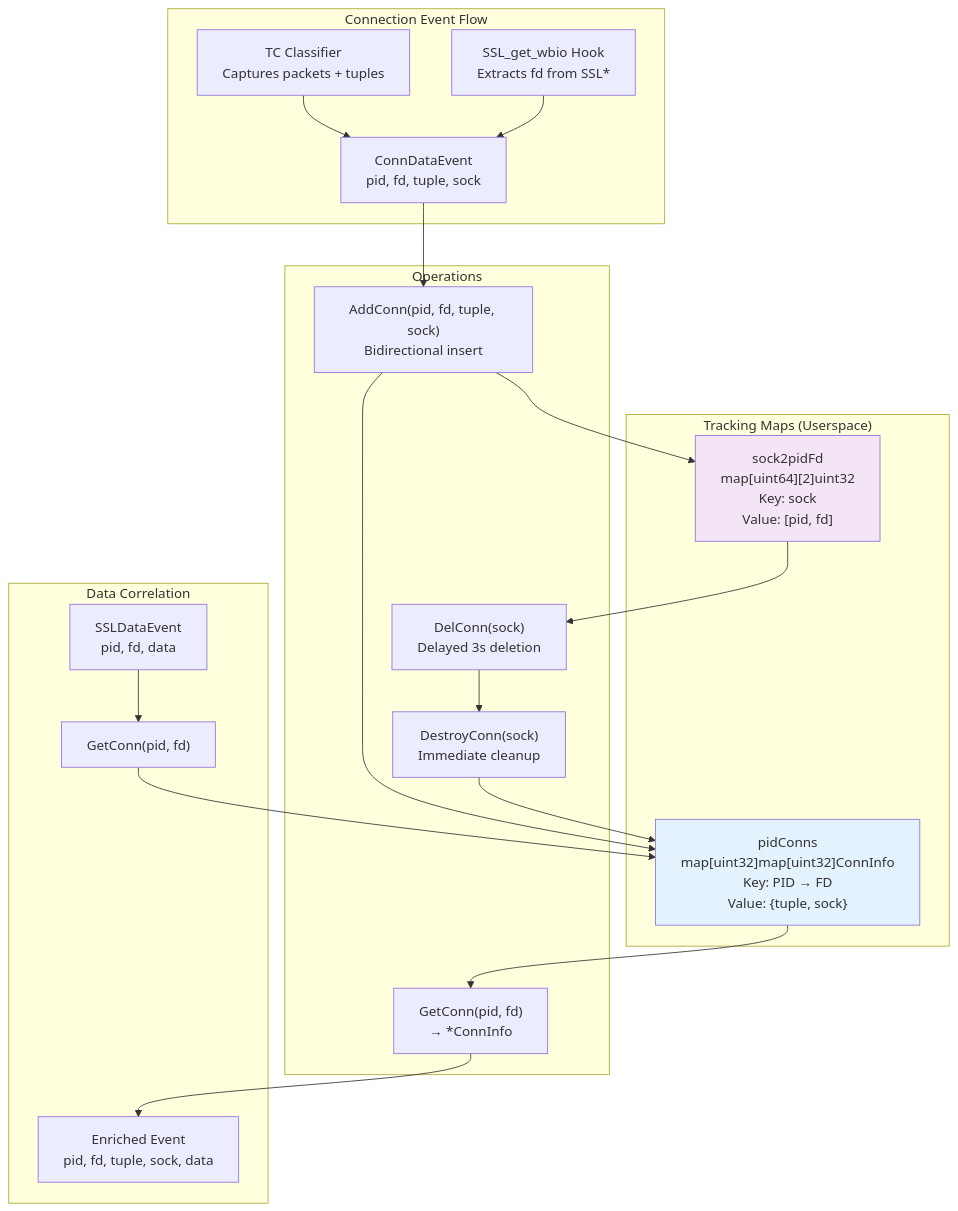
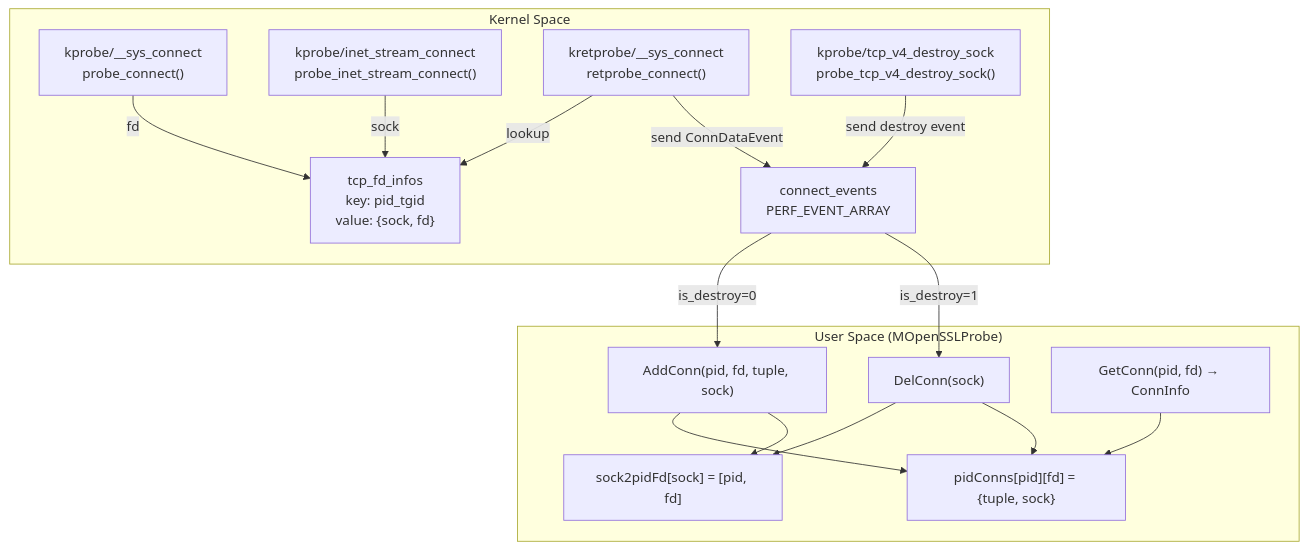
Before and after one commit to gojue/ecapture.cc: the fourth of 11 diagrams in src/en/3-capture-modules/3.1.1-openssl-module.md, drawn with Mermaid. The commit also changed other lines of this file and 115 other files, not shown here.

````diff
--- a/src/en/3-capture-modules/3.1.1-openssl-module.md
+++ b/src/en/3-capture-modules/3.1.1-openssl-module.md
@@ -263,46 +245,37 @@
 ```mermaid
-graph TB
-    subgraph "Connection Event Flow"
-        TC_HOOK["TC Classifier<br/>Captures packets + tuples"]
-        SSL_BIO["SSL_get_wbio Hook<br/>Extracts fd from SSL*"]
-        CONN_EVENT["ConnDataEvent<br/>pid, fd, tuple, sock"]
+flowchart TD
+    subgraph "Kernel Space"
+        sys_connect["kprobe/__sys_connect<br/>probe_connect()"]
+        inet_stream["kprobe/inet_stream_connect<br/>probe_inet_stream_connect()"]
+        ret_connect["kretprobe/__sys_connect<br/>retprobe_connect()"]
+        tcp_destroy["kprobe/tcp_v4_destroy_sock<br/>probe_tcp_v4_destroy_sock()"]
+        
+        tcp_fd_map["tcp_fd_infos<br/>key: pid_tgid<br/>value: {sock, fd}"]
+        connect_events["connect_events<br/>PERF_EVENT_ARRAY"]
     end
     
-    subgraph "Tracking Maps (Userspace)"
-        PIDCONNS["pidConns<br/>map[uint32]map[uint32]ConnInfo<br/>Key: PID → FD<br/>Value: {tuple, sock}"]
+    subgraph "User Space (MOpenSSLProbe)"
+        AddConn["AddConn(pid, fd, tuple, sock)"]
+        DelConn["DelConn(sock)"]
+        GetConn["GetConn(pid, fd) → ConnInfo"]
         
-        SOCK2PID["sock2pidFd<br/>map[uint64][2]uint32<br/>Key: sock<br/>Value: [pid, fd]"]
+        pidConns["pidConns[pid][fd] = {tuple, sock}"]
+        sock2pidFd["sock2pidFd[sock] = [pid, fd]"]
     end
     
-    subgraph "Operations"
-        ADD["AddConn(pid, fd, tuple, sock)<br/>Bidirectional insert"]
-        GET["GetConn(pid, fd)<br/>→ *ConnInfo"]
-        DEL["DelConn(sock)<br/>Delayed 3s deletion"]
-        DESTROY["DestroyConn(sock)<br/>Immediate cleanup"]
-    end
+    sys_connect -->|"fd"| tcp_fd_map
+    inet_stream -->|"sock"| tcp_fd_map
+    ret_connect -->|"lookup"| tcp_fd_map
+    ret_connect -->|"send ConnDataEvent"| connect_events
+    tcp_destroy -->|"send destroy event"| connect_events
     
-    subgraph "Data Correlation"
-        SSL_DATA["SSLDataEvent<br/>pid, fd, data"]
-        LOOKUP["GetConn(pid, fd)"]
-        ENRICHED["Enriched Event<br/>pid, fd, tuple, sock, data"]
-    end
+    connect_events -->|"is_destroy=0"| AddConn
+    connect_events -->|"is_destroy=1"| DelConn
     
-    TC_HOOK --> CONN_EVENT
-    SSL_BIO --> CONN_EVENT
+    AddConn --> pidConns
+    AddConn --> sock2pidFd
+    DelConn --> sock2pidFd
+    DelConn --> pidConns
     
-    CONN_EVENT --> ADD
-    ADD --> PIDCONNS
-    ADD --> SOCK2PID
-    
-    SSL_DATA --> LOOKUP
-    LOOKUP --> PIDCONNS
-    PIDCONNS --> GET
-    GET --> ENRICHED
-    
-    SOCK2PID --> DEL
-    DEL --> DESTROY
-    DESTROY --> PIDCONNS
-    
-    style PIDCONNS fill:#e3f2fd
-    style SOCK2PID fill:#f3e5f5
+    GetConn --> pidConns
 ```
````
